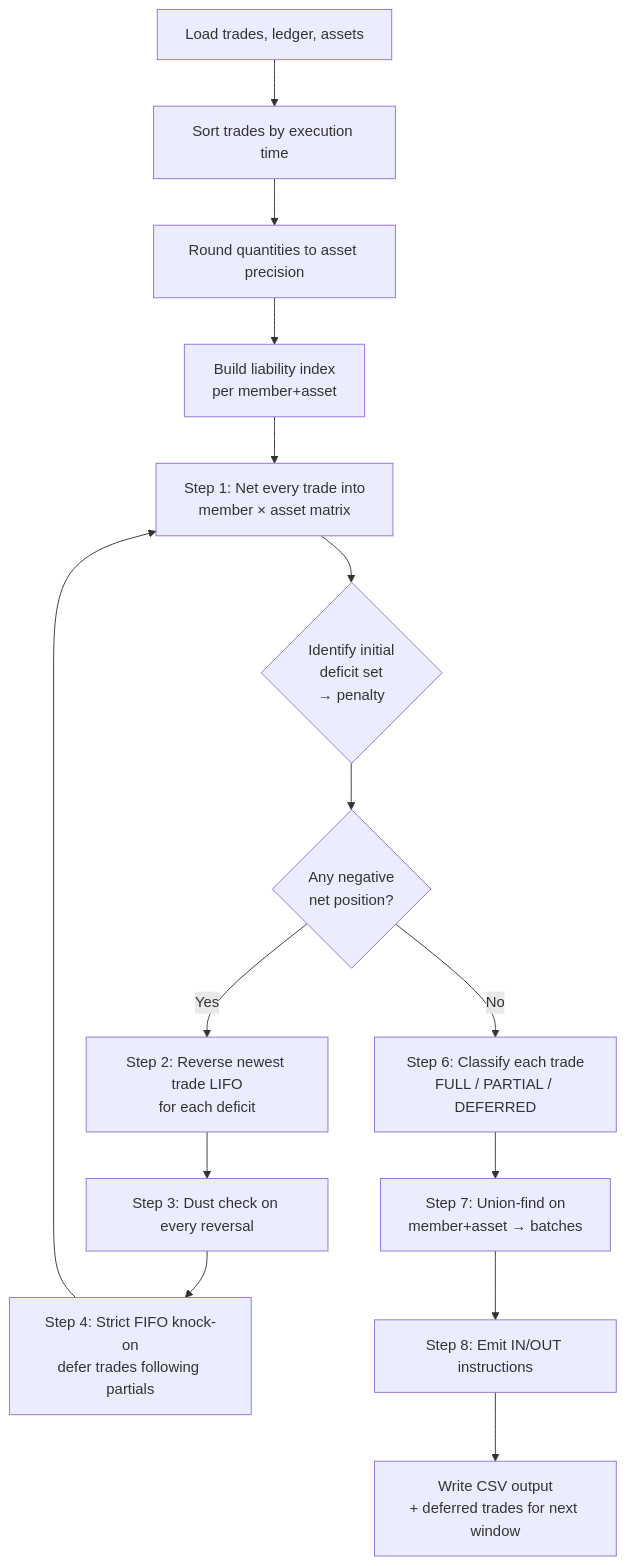
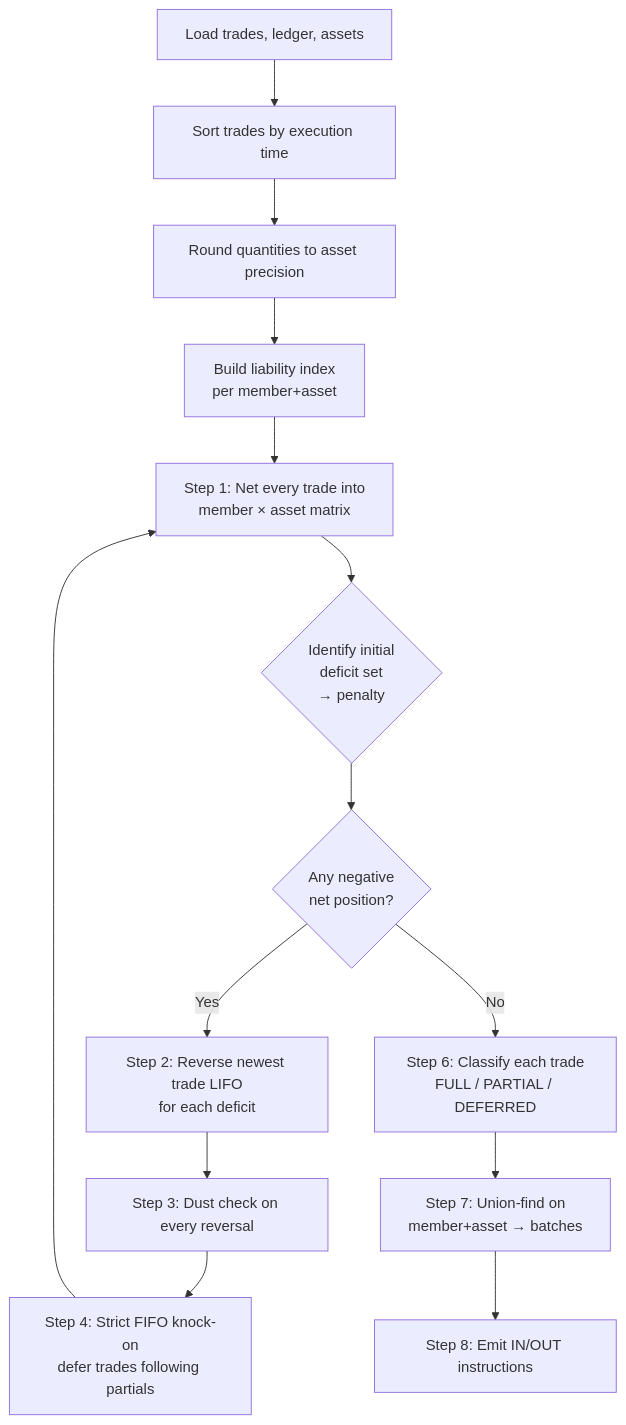
One commit to induwarabas/net-settlement changed the first of 9 diagrams in confluence.md. Above: the diagram before and after it, drawn with Mermaid. The commit also changed other lines of this file, not shown here.

````diff
--- a/confluence.md
+++ b/confluence.md
@@ -121,17 +221,16 @@
 ```mermaid
 flowchart TD
     A[Load trades, ledger, assets] --> B[Sort trades by execution time]
     B --> C[Round quantities to asset precision]
     C --> D[Build liability index<br/>per member+asset]
     D --> E[Step 1: Net every trade into<br/>member × asset matrix]
     E --> P{Identify initial<br/>deficit set<br/>→ penalty}
     P --> F{Any negative<br/>net position?}
     F -- Yes --> G[Step 2: Reverse newest trade LIFO<br/>for each deficit]
     G --> H[Step 3: Dust check on every reversal]
     H --> I[Step 4: Strict FIFO knock-on<br/>defer trades following partials]
     I --> E
     F -- No --> J[Step 6: Classify each trade<br/>FULL / PARTIAL / DEFERRED]
     J --> K[Step 7: Union-find on<br/>member+asset → batches]
     K --> L[Step 8: Emit IN/OUT instructions]
-    L --> M[Write CSV output<br/>+ deferred trades for next window]
 ```
````
